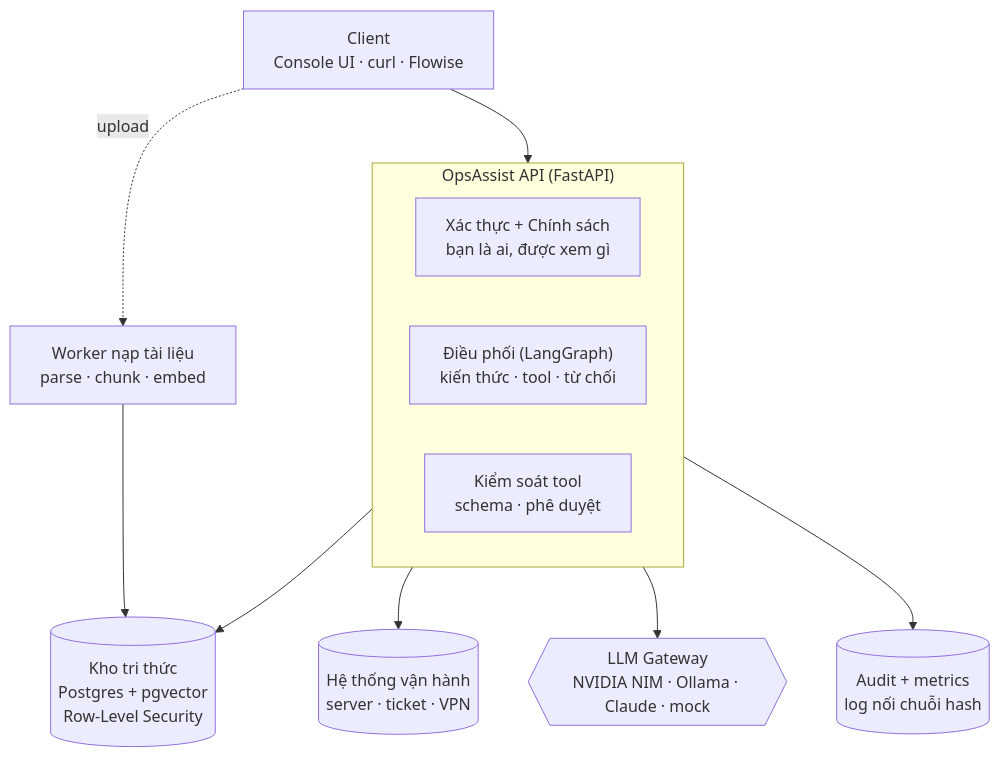
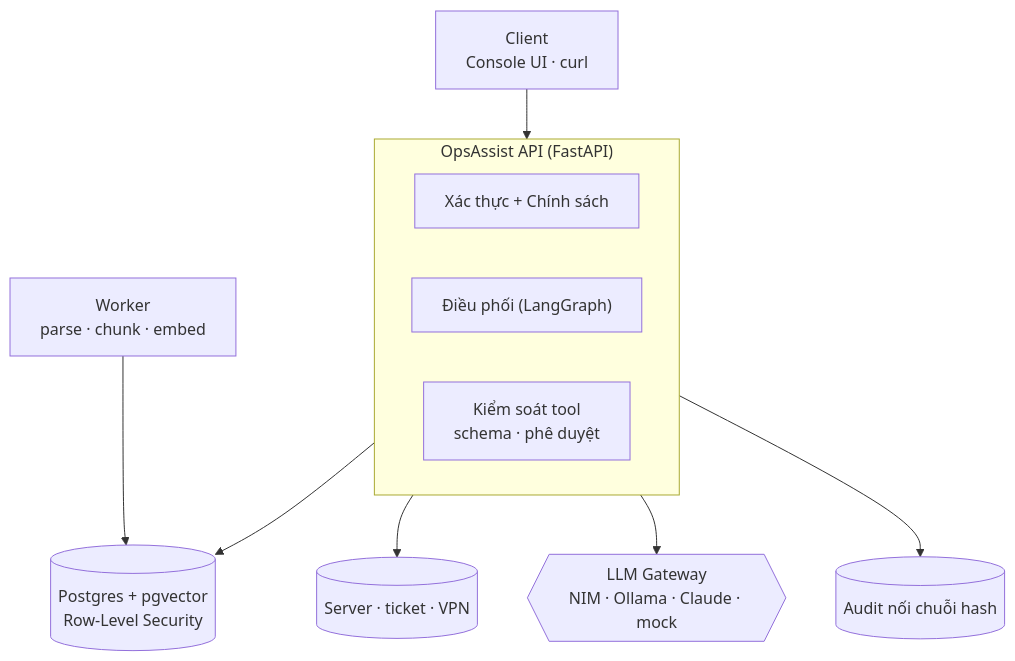
Before and after one commit to minhthy1016/novax_ai_assignment: the diagram in docs/trinh-bay-hoi-dong.md, drawn with Mermaid. The commit also changed other lines of this file, not shown here.

First line of the commit message:
docs: shorter Vietnamese presentation, evaluation by the brief's metrics (#12)

````diff
--- a/docs/trinh-bay-hoi-dong.md
+++ b/docs/trinh-bay-hoi-dong.md
@@ -30,23 +27,22 @@
 ```mermaid
 flowchart TB
-  client["Client<br/>Console UI · curl · Flowise"]
+  client["Client<br/>Console UI · curl"]
   subgraph api["OpsAssist API (FastAPI)"]
     direction LR
-    authz["Xác thực + Chính sách<br/>bạn là ai, được xem gì"]
-    agent["Điều phối (LangGraph)<br/>kiến thức · tool · từ chối"]
+    authz["Xác thực + Chính sách"]
+    agent["Điều phối (LangGraph)"]
     tools["Kiểm soát tool<br/>schema · phê duyệt"]
   end
-  kb[("Kho tri thức<br/>Postgres + pgvector<br/>Row-Level Security")]
-  ops[("Hệ thống vận hành<br/>server · ticket · VPN")]
-  llm{{"LLM Gateway<br/>NVIDIA NIM · Ollama · Claude · mock"}}
-  audit[("Audit + metrics<br/>log nối chuỗi hash")]
-  worker["Worker nạp tài liệu<br/>parse · chunk · embed"]
+  kb[("Postgres + pgvector<br/>Row-Level Security")]
+  ops[("Server · ticket · VPN")]
+  llm{{"LLM Gateway<br/>NIM · Ollama · Claude · mock"}}
+  audit[("Audit nối chuỗi hash")]
+  worker["Worker<br/>parse · chunk · embed"]
 
   client --> api
   agent --> kb
   tools --> ops
   agent --> llm
   api --> audit
   worker --> kb
-  client -. "upload" .-> worker
 ```
````
